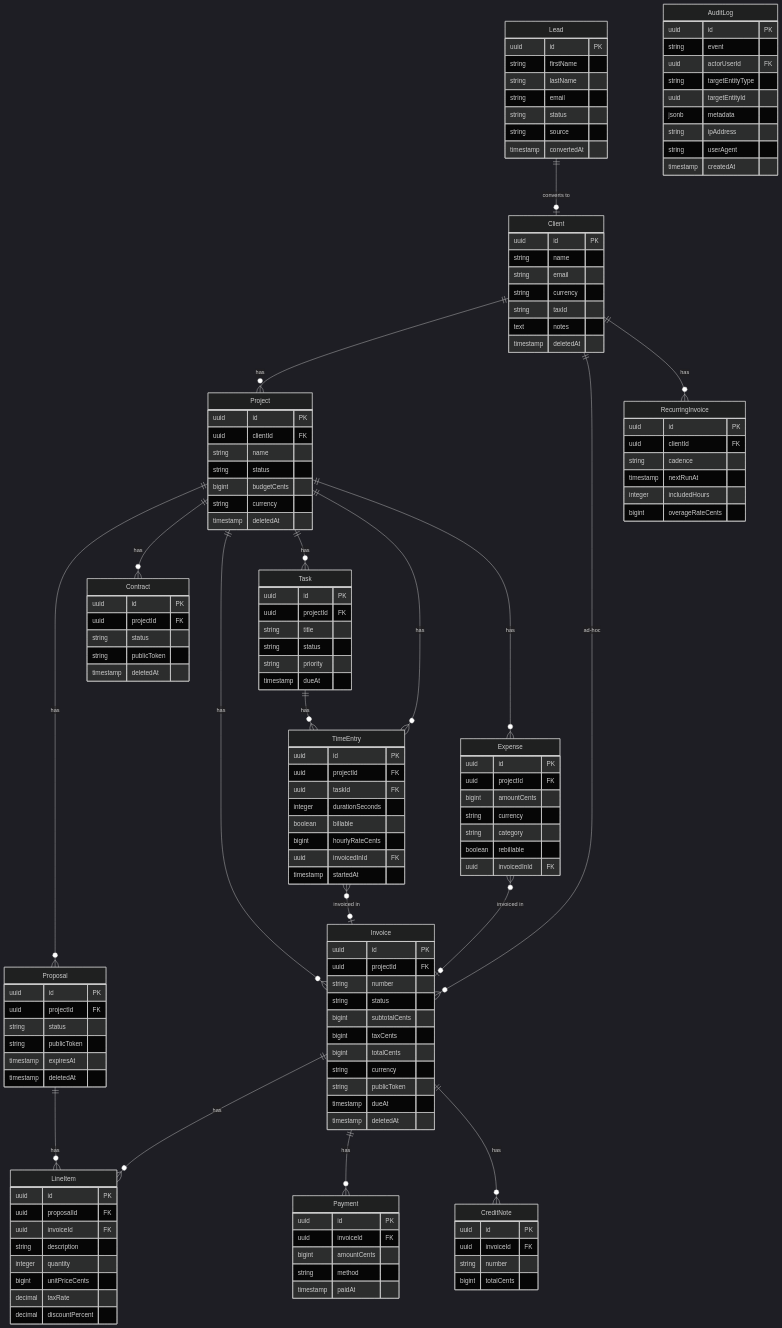
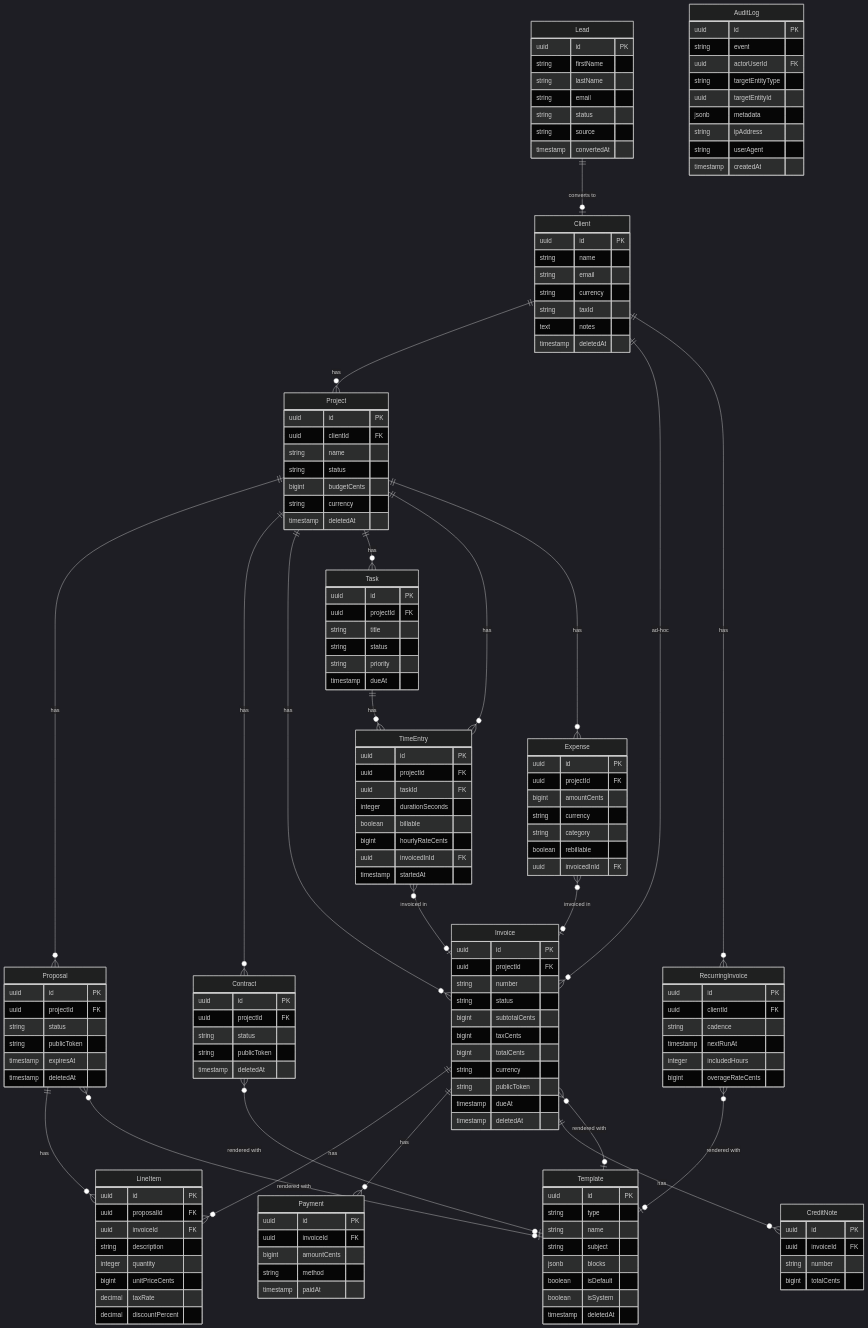
The diagram in docs/architecture/ARCHITECTURE.md (ItsLhuis/remit), drawn with Mermaid (dark theme) before and after one commit. The commit also changed other lines of this file and 179 other files, not shown here.

````diff
--- a/docs/architecture/ARCHITECTURE.md
+++ b/docs/architecture/ARCHITECTURE.md
@@ -288,6 +288,16 @@
         string number
         bigint totalCents
     }
+    Template {
+        uuid id PK
+        string type
+        string name
+        string subject
+        jsonb blocks
+        boolean isDefault
+        boolean isSystem
+        timestamp deletedAt
+    }
     AuditLog {
         uuid id PK
         string event
@@ -317,4 +327,8 @@
     TimeEntry }o--o| Invoice : "invoiced in"
     Expense }o--o| Invoice : "invoiced in"
     Task ||--o{ TimeEntry : has
+    Invoice }o--o| Template : "rendered with"
+    Proposal }o--o| Template : "rendered with"
+    Contract }o--o| Template : "rendered with"
+    RecurringInvoice }o--o| Template : "rendered with"
 ```
````
